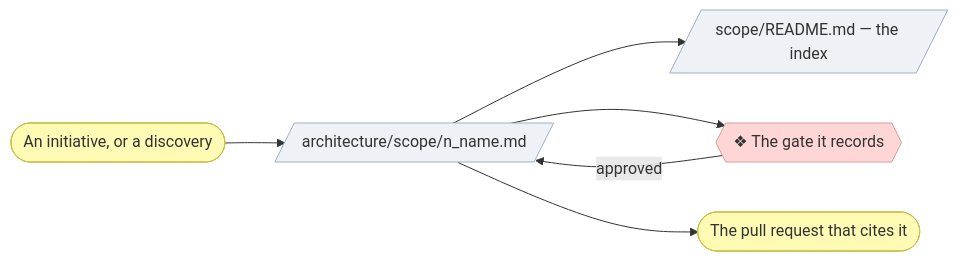
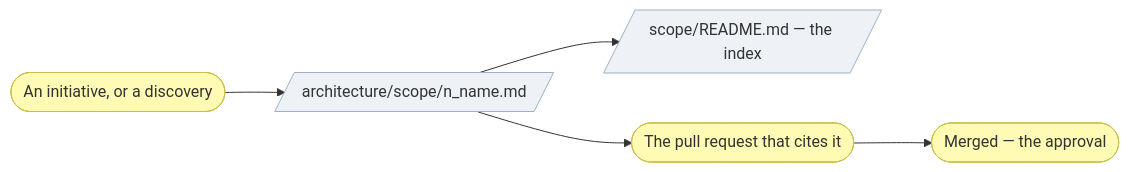
Before and after one commit to roanboc/archreator: the diagram in plugins/archreator/skills/write-scope-document/SKILL.md, drawn with Mermaid. The commit also changed other lines of this file and 49 other files, not shown here.

````diff
--- a/plugins/archreator/skills/write-scope-document/SKILL.md
+++ b/plugins/archreator/skills/write-scope-document/SKILL.md
@@ -39,19 +39,16 @@
 ```mermaid
 flowchart LR
   init(["An initiative, or a discovery"])
   doc[/"architecture/scope/n_name.md"/]
   idx[/"scope/README.md — the index"/]
-  g{{"❖ The gate it records"}}
   pr(["The pull request that cites it"])
+  merged(["Merged — the approval"])
 
   init --> doc --> idx
-  doc --> g -->|approved| doc
-  doc --> pr
+  doc --> pr --> merged
 
   classDef business fill:#fffbb5,stroke:#c8c04a,color:#333
-  classDef implementation fill:#ffd6d6,stroke:#d99b9b,color:#333
   classDef artifact fill:#eef2f7,stroke:#9fb0c4,color:#333
-  class init,pr business
-  class g implementation
+  class init,pr,merged business
   class doc,idx artifact
 ```
````
